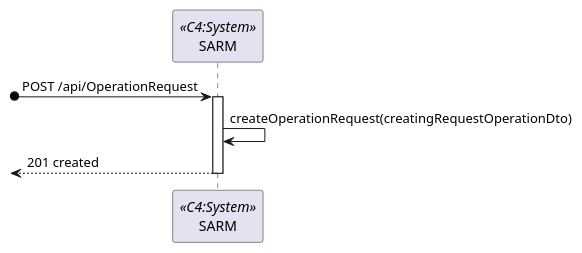
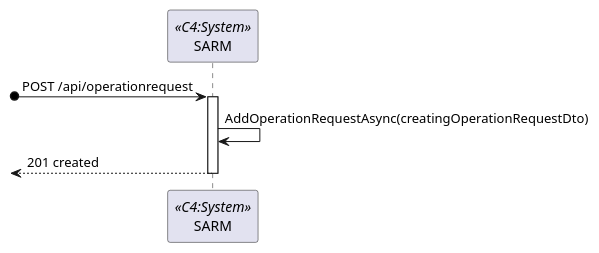
Before and after one commit to 1220846/sem5pi-24-25-3ddg20: the diagram in docs/sprint-a/us-5.1.16/level2/process-view.puml, drawn with PlantUML. The commit also changed 1 other file, not shown here.

```diff
--- a/docs/sprint-a/us-5.1.16/level2/process-view.puml
+++ b/docs/sprint-a/us-5.1.16/level2/process-view.puml
@@ -1,13 +1,13 @@
 @startuml level2
 
 participant SYS as "SARM" <<C4:System>>
 
-?o->SYS:POST /api/OperationRequest
+?o->SYS:POST /api/operationrequest
 activate SYS
 
-    SYS->SYS:createOperationRequest(creatingRequestOperationDto)
+    SYS->SYS:AddOperationRequestAsync(creatingOperationRequestDto)
 
     <--SYS:201 created
 deactivate SYS
 
 @enduml
```
